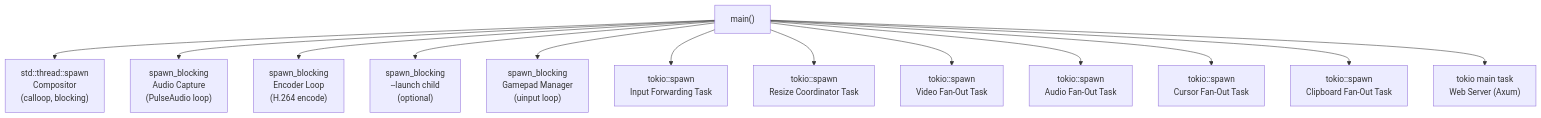
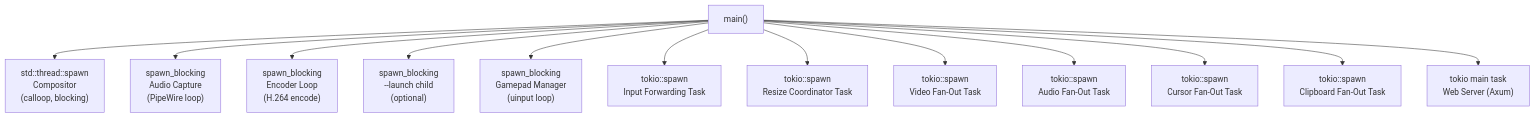
The first of 3 diagrams in dev-docs/components/main-application.md (swedishborgie/lumen), drawn with Mermaid before and after one commit. The commit also changed other lines of this file and 15 other files, not shown here.

````diff
--- a/dev-docs/components/main-application.md
+++ b/dev-docs/components/main-application.md
@@ -58,29 +58,29 @@
 ```mermaid
 graph TD
     main["main()"]
     comp["std::thread::spawn\nCompositor\n(calloop, blocking)"]
-    audio["spawn_blocking\nAudio Capture\n(PulseAudio loop)"]
+    audio["spawn_blocking\nAudio Capture\n(PipeWire loop)"]
     encoder["spawn_blocking\nEncoder Loop\n(H.264 encode)"]
     launch["spawn_blocking\n--launch child\n(optional)"]
     gamepad["spawn_blocking\nGamepad Manager\n(uinput loop)"]
     input_fwd["tokio::spawn\nInput Forwarding Task"]
     resize["tokio::spawn\nResize Coordinator Task"]
     video_fan["tokio::spawn\nVideo Fan-Out Task"]
     audio_fan["tokio::spawn\nAudio Fan-Out Task"]
     cursor_fan["tokio::spawn\nCursor Fan-Out Task"]
     clip_fan["tokio::spawn\nClipboard Fan-Out Task"]
     web["tokio main task\nWeb Server (Axum)"]
 
     main --> comp
     main --> audio
     main --> encoder
     main --> launch
     main --> gamepad
     main --> input_fwd
     main --> resize
     main --> video_fan
     main --> audio_fan
     main --> cursor_fan
     main --> clip_fan
     main --> web
 ```
````
